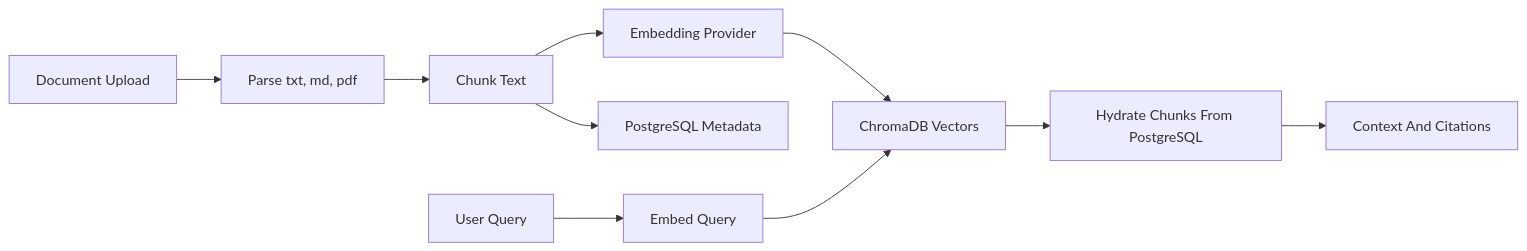
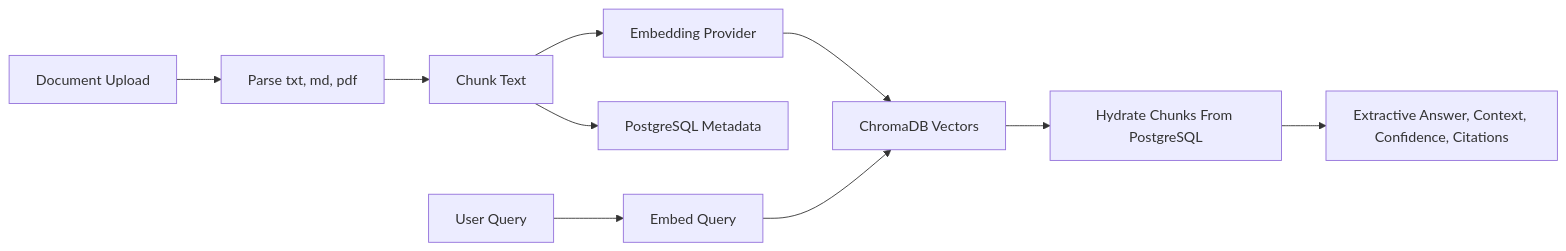
One commit to Rahul-curious/jarvis-ai-os changed the first of 3 diagrams in docs/phase-5-rag.md. Above: the diagram before and after it, drawn with Mermaid. The commit also changed other lines of this file and 13 other files, not shown here.

````diff
--- a/docs/phase-5-rag.md
+++ b/docs/phase-5-rag.md
@@ -11,12 +11,12 @@
 ```mermaid
 flowchart LR
     Upload["Document Upload"] --> Parse["Parse txt, md, pdf"]
     Parse --> Chunk["Chunk Text"]
     Chunk --> Embed["Embedding Provider"]
     Embed --> Chroma["ChromaDB Vectors"]
     Chunk --> Postgres["PostgreSQL Metadata"]
     Query["User Query"] --> QueryEmbed["Embed Query"]
     QueryEmbed --> Chroma
     Chroma --> Hydrate["Hydrate Chunks From PostgreSQL"]
-    Hydrate --> Response["Context And Citations"]
+    Hydrate --> Response["Extractive Answer, Context, Confidence, Citations"]
 ```
````
